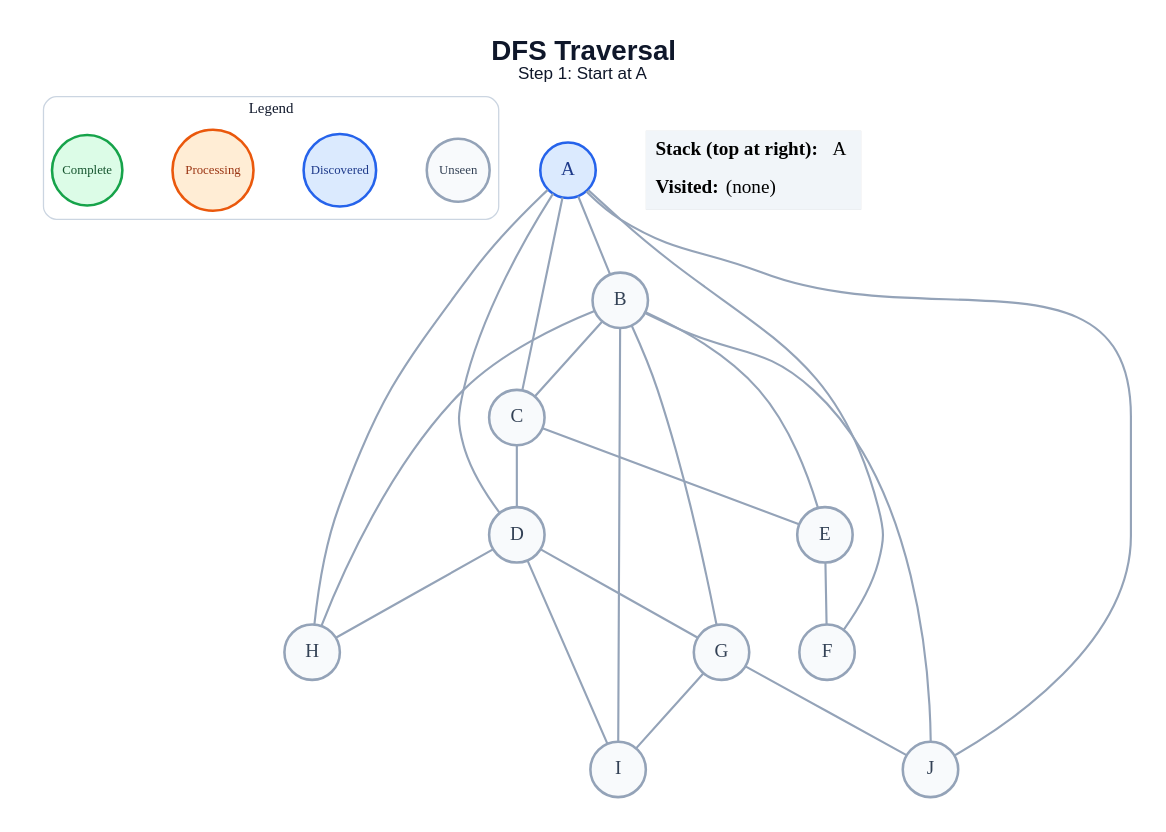
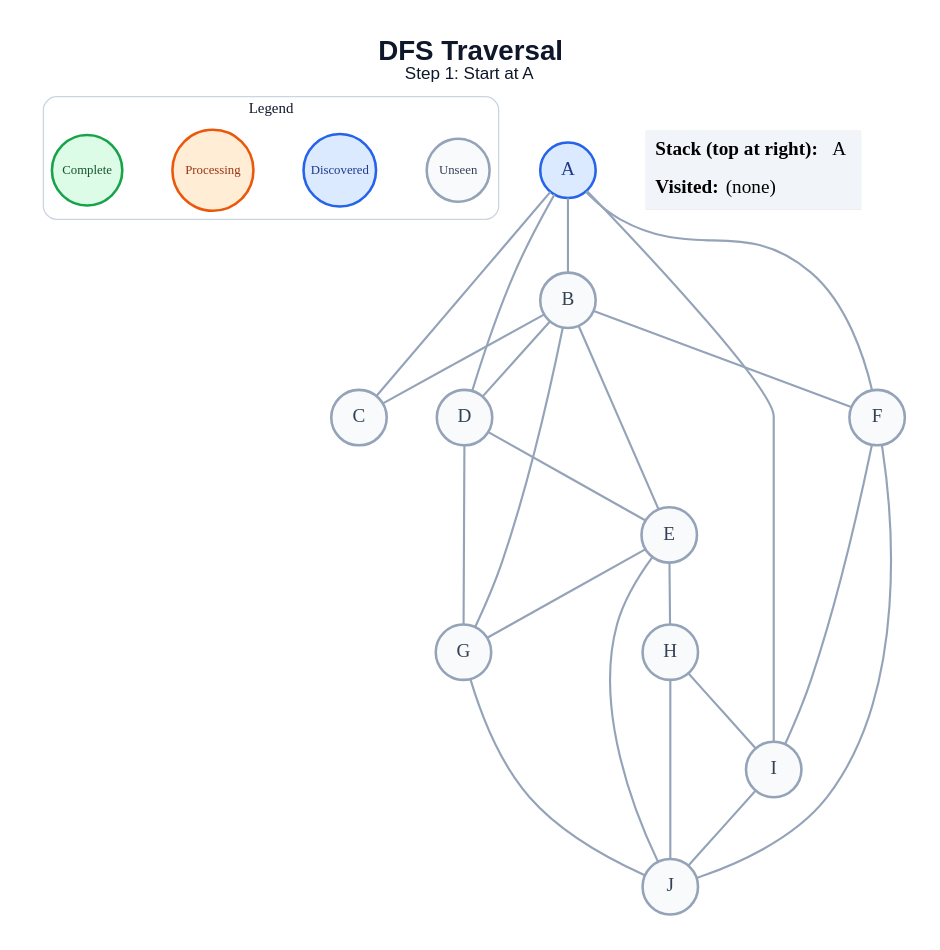
The diagram in generated/dfs/step_01.dot (amanghodawala9/ai-slop), drawn with Graphviz before and after one commit. The commit also changed 178 other files, not shown here.

```diff
--- a/generated/dfs/step_01.dot
+++ b/generated/dfs/step_01.dot
@@ -1,49 +1,50 @@
 graph traversal {
   graph [layout=dot, rankdir=TB, bgcolor="#FFFFFF", pad="0.35", nodesep="0.65", ranksep="0.8", fontname="Arial"];
   node [shape=circle, style="filled", fontname="Arial Bold", fontsize=18, width=0.72, fixedsize=true, penwidth=2.4];
   edge [color="#94A3B8", penwidth=2.0];
   label=<<B>DFS Traversal</B><BR/><FONT POINT-SIZE="16">Step 1: Start at A</FONT>>; labelloc="t"; fontsize=26; fontname="Arial"; fontcolor="#0F172A";
   subgraph cluster_legend { label="Legend"; color="#CBD5E1"; penwidth=1.2; style="rounded"; fontsize=14; fontname="Arial Bold";
     key_unseen [label="Unseen", fillcolor="#F8FAFC", color="#94A3B8", fontcolor="#334155", fontsize=12, width=0.82];
     key_frontier [label="Discovered", fillcolor="#DBEAFE", color="#2563EB", fontcolor="#1E3A8A", fontsize=12, width=0.95];
     key_current [label="Processing", fillcolor="#FFEDD5", color="#EA580C", fontcolor="#9A3412", fontsize=12, width=1.05];
     key_done [label="Complete", fillcolor="#DCFCE7", color="#16A34A", fontcolor="#14532D", fontsize=12, width=0.92];
     { rank=same; key_unseen; key_frontier; key_current; key_done; }
   }
   A [fillcolor="#DBEAFE", color="#2563EB", fontcolor="#1E3A8A"];
   B [fillcolor="#F8FAFC", color="#94A3B8", fontcolor="#334155"];
   C [fillcolor="#F8FAFC", color="#94A3B8", fontcolor="#334155"];
   D [fillcolor="#F8FAFC", color="#94A3B8", fontcolor="#334155"];
   E [fillcolor="#F8FAFC", color="#94A3B8", fontcolor="#334155"];
   F [fillcolor="#F8FAFC", color="#94A3B8", fontcolor="#334155"];
   G [fillcolor="#F8FAFC", color="#94A3B8", fontcolor="#334155"];
   H [fillcolor="#F8FAFC", color="#94A3B8", fontcolor="#334155"];
   I [fillcolor="#F8FAFC", color="#94A3B8", fontcolor="#334155"];
   J [fillcolor="#F8FAFC", color="#94A3B8", fontcolor="#334155"];
   A -- B;
   A -- C;
   A -- D;
   A -- F;
-  A -- H;
-  A -- J;
+  A -- I;
   B -- C;
+  B -- D;
   B -- E;
+  B -- F;
   B -- G;
-  B -- H;
-  B -- I;
-  B -- J;
-  C -- D;
-  C -- E;
+  D -- E;
   D -- G;
-  D -- H;
-  D -- I;
-  E -- F;
-  G -- I;
+  E -- G;
+  E -- H;
+  E -- J;
+  F -- I;
+  F -- J;
   G -- J;
+  H -- I;
+  H -- J;
+  I -- J;
   status [shape=plain, fixedsize=false, width=0, height=0, margin=0, label=<
     <TABLE BORDER="0" CELLBORDER="0" CELLPADDING="7" BGCOLOR="#F1F5F9">
       <TR><TD ALIGN="LEFT"><B>Stack (top at right):</B> A</TD></TR>
       <TR><TD ALIGN="LEFT"><B>Visited:</B> (none)</TD></TR>
     </TABLE>
   >];
 }
```
